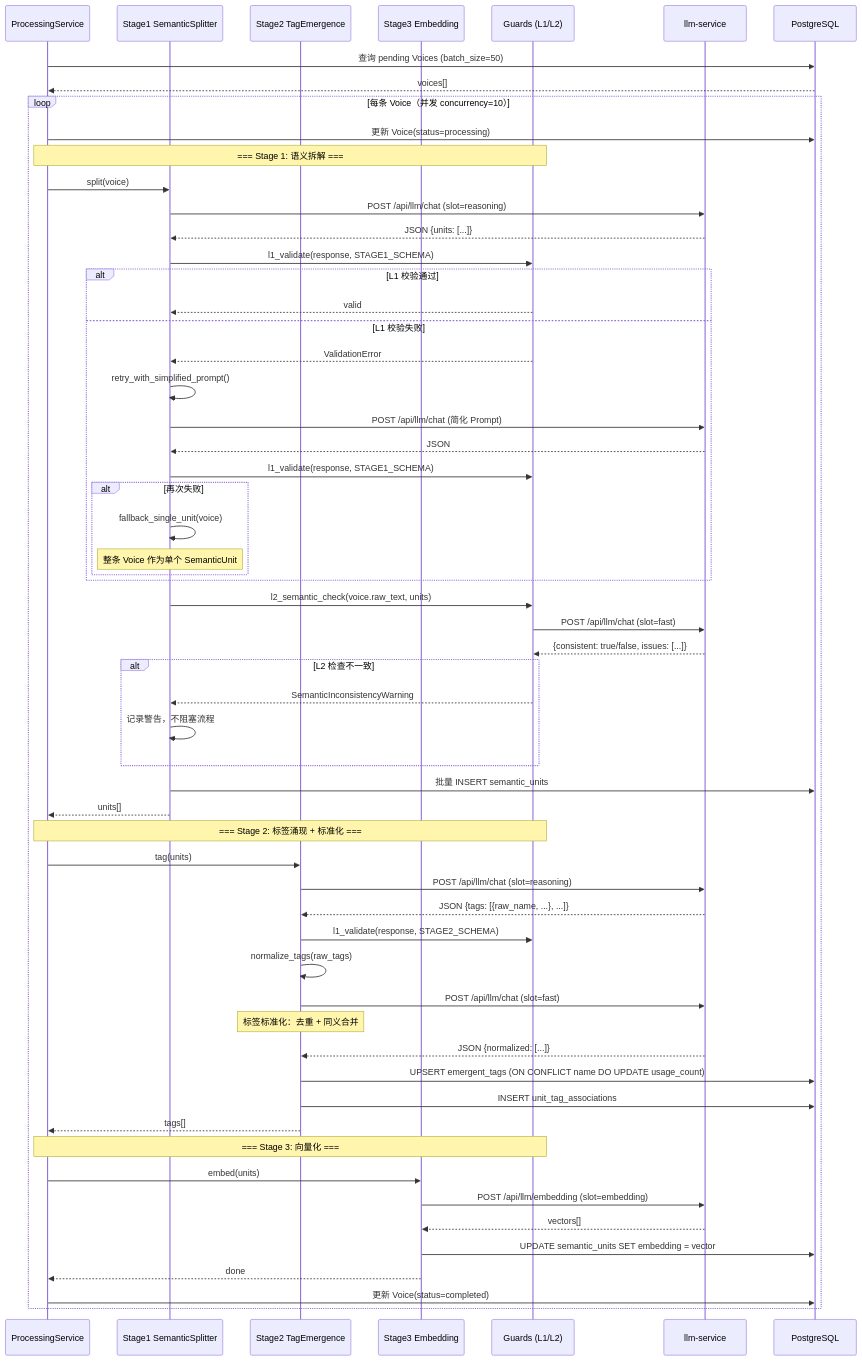
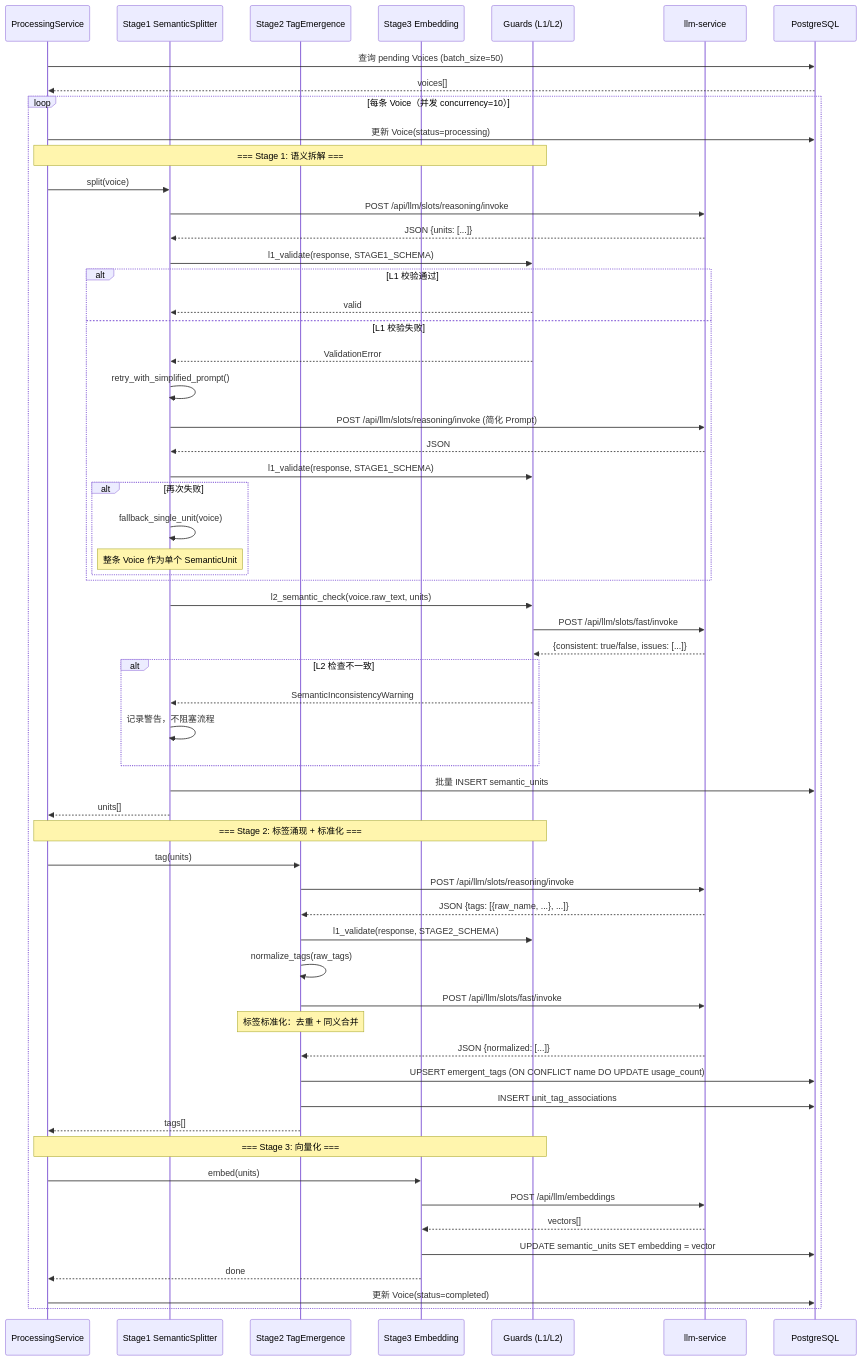
Before and after one commit to tianjon/prism-micro: the second of 4 diagrams in docs/designs/voc-service/design.md, drawn with Mermaid. The commit also changed other lines of this file, not shown here.

First line of the commit message:
docs: 修正 voc-service 设计文档中 LLM 端点与调用模式，对齐 llm-service 实际实现

````diff
--- a/docs/designs/voc-service/design.md
+++ b/docs/designs/voc-service/design.md
@@ -1097,67 +1097,67 @@
 ```mermaid
 sequenceDiagram
     participant Sched as ProcessingService
     participant S1 as Stage1 SemanticSplitter
     participant S2 as Stage2 TagEmergence
     participant S3 as Stage3 Embedding
     participant Guard as Guards (L1/L2)
     participant LLM as llm-service
     participant DB as PostgreSQL
 
     Sched->>DB: 查询 pending Voices (batch_size=50)
     DB-->>Sched: voices[]
 
     loop 每条 Voice（并发 concurrency=10）
         Sched->>DB: 更新 Voice(status=processing)
 
         Note over Sched,Guard: === Stage 1: 语义拆解 ===
         Sched->>S1: split(voice)
-        S1->>LLM: POST /api/llm/chat (slot=reasoning)
+        S1->>LLM: POST /api/llm/slots/reasoning/invoke
         LLM-->>S1: JSON {units: [...]}
         S1->>Guard: l1_validate(response, STAGE1_SCHEMA)
         alt L1 校验通过
             Guard-->>S1: valid
         else L1 校验失败
             Guard-->>S1: ValidationError
             S1->>S1: retry_with_simplified_prompt()
-            S1->>LLM: POST /api/llm/chat (简化 Prompt)
+            S1->>LLM: POST /api/llm/slots/reasoning/invoke (简化 Prompt)
             LLM-->>S1: JSON
             S1->>Guard: l1_validate(response, STAGE1_SCHEMA)
             alt 再次失败
                 S1->>S1: fallback_single_unit(voice)
                 Note over S1: 整条 Voice 作为单个 SemanticUnit
             end
         end
         S1->>Guard: l2_semantic_check(voice.raw_text, units)
-        Guard->>LLM: POST /api/llm/chat (slot=fast)
+        Guard->>LLM: POST /api/llm/slots/fast/invoke
         LLM-->>Guard: {consistent: true/false, issues: [...]}
         alt L2 检查不一致
             Guard-->>S1: SemanticInconsistencyWarning
             S1->>S1: 记录警告，不阻塞流程
         end
         S1->>DB: 批量 INSERT semantic_units
         S1-->>Sched: units[]
 
         Note over Sched,Guard: === Stage 2: 标签涌现 + 标准化 ===
         Sched->>S2: tag(units)
-        S2->>LLM: POST /api/llm/chat (slot=reasoning)
+        S2->>LLM: POST /api/llm/slots/reasoning/invoke
         LLM-->>S2: JSON {tags: [{raw_name, ...}, ...]}
         S2->>Guard: l1_validate(response, STAGE2_SCHEMA)
         S2->>S2: normalize_tags(raw_tags)
-        S2->>LLM: POST /api/llm/chat (slot=fast)
+        S2->>LLM: POST /api/llm/slots/fast/invoke
         Note over S2: 标签标准化：去重 + 同义合并
         LLM-->>S2: JSON {normalized: [...]}
         S2->>DB: UPSERT emergent_tags (ON CONFLICT name DO UPDATE usage_count)
         S2->>DB: INSERT unit_tag_associations
         S2-->>Sched: tags[]
 
         Note over Sched,Guard: === Stage 3: 向量化 ===
         Sched->>S3: embed(units)
-        S3->>LLM: POST /api/llm/embedding (slot=embedding)
+        S3->>LLM: POST /api/llm/embeddings
         LLM-->>S3: vectors[]
         S3->>DB: UPDATE semantic_units SET embedding = vector
         S3-->>Sched: done
 
         Sched->>DB: 更新 Voice(status=completed)
     end
 ```
````
